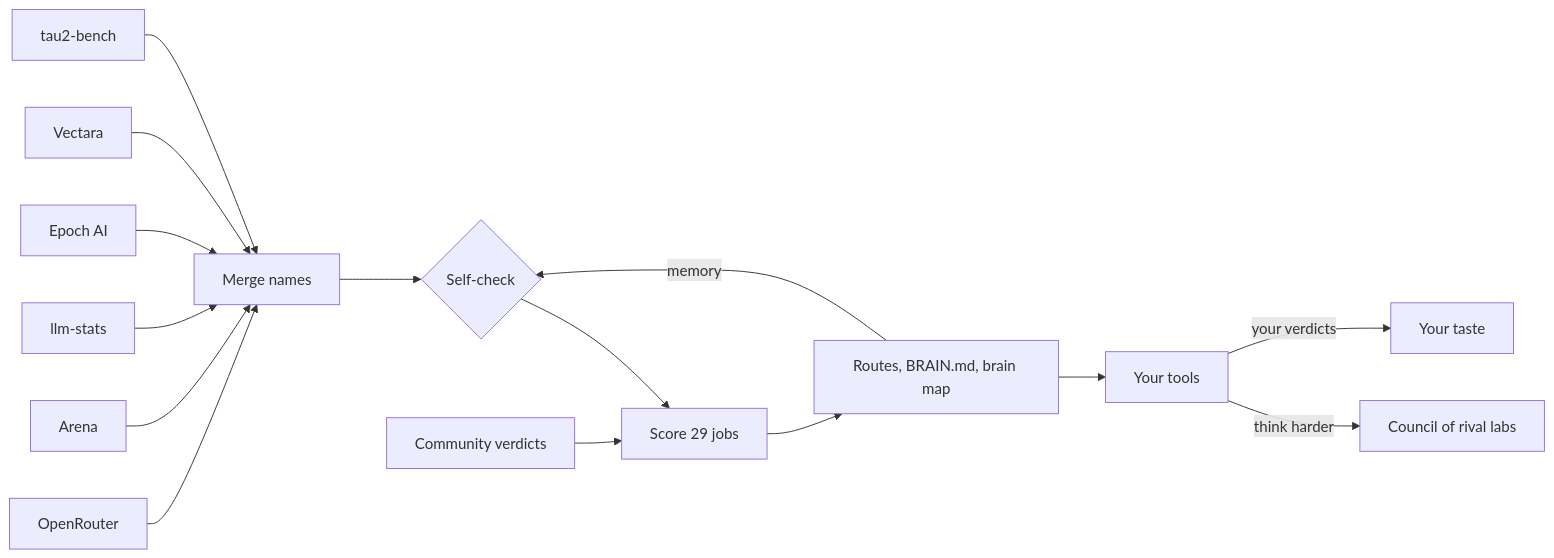
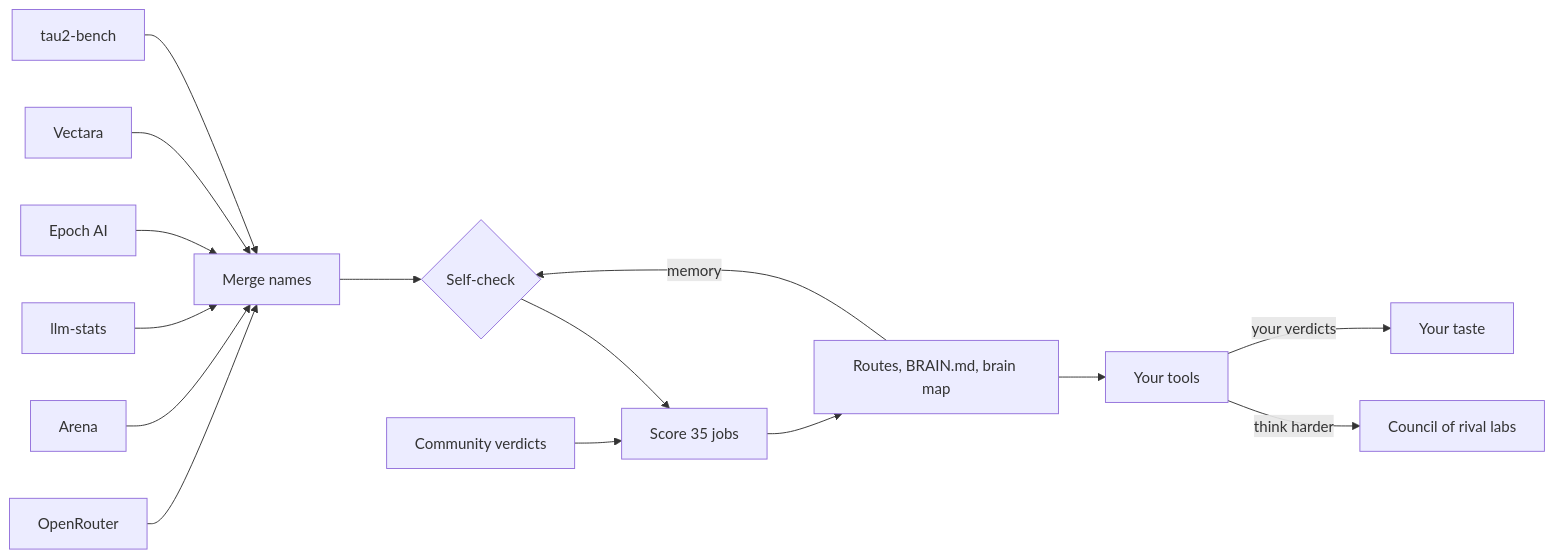
The diagram in README.md (stephanochse/thalamus), drawn with Mermaid before and after one commit. The commit also changed other lines of this file and 1 other file, not shown here.

First line of the commit message:
feat: six new jobs for whole-project routing

````diff
--- a/README.md
+++ b/README.md
@@ -162,17 +162,17 @@
 ```mermaid
 flowchart LR
   A[OpenRouter] --> M
   B[Arena] --> M
   C[llm-stats] --> M
   D[Epoch AI] --> M
   E[Vectara] --> M
   F[tau2-bench] --> M
   M[Merge names] --> Q{Self-check}
-  Q --> S[Score 29 jobs]
+  Q --> S[Score 35 jobs]
   V[Community verdicts] --> S
   S --> R[Routes, BRAIN.md, brain map]
   R --> T[Your tools]
   T -->|think harder| K[Council of rival labs]
   T -->|your verdicts| L[Your taste]
   R -->|memory| Q
 ```
````
